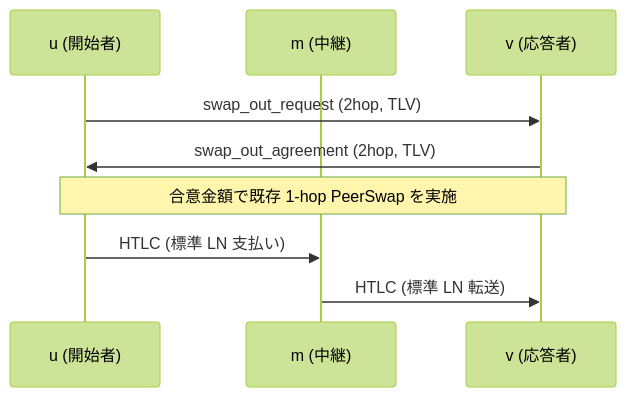
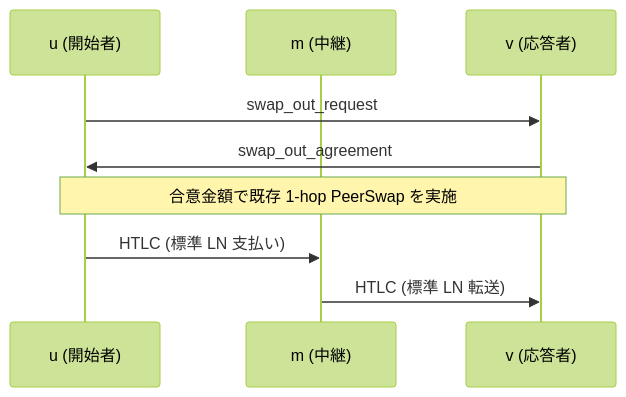
One commit to YusukeShimizu/blog changed the second of 2 diagrams in content/posts/2hoppeerswap.md. Above: the diagram before and after it, drawn with Mermaid (forest theme). The commit also changed other lines of this file, not shown here.

First line of the commit message:
blog: Clarify 2hop peerswap proposal details

````diff
--- a/content/posts/2hoppeerswap.md
+++ b/content/posts/2hoppeerswap.md
@@ -377,13 +375,13 @@
 ```mermaid
 sequenceDiagram
     participant u as u (開始者)
     participant m as m (中継)
     participant v as v (応答者)
 
-    u->>v: swap_out_request (2hop, TLV)
-    v->>u: swap_out_agreement (2hop, TLV)
+    u->>v: swap_out_request
+    v->>u: swap_out_agreement
     note over u,v: 合意金額で既存 1-hop PeerSwap を実施
 
     u->>m: HTLC (標準 LN 支払い)
     m->>v: HTLC (標準 LN 転送)
 ```
````
